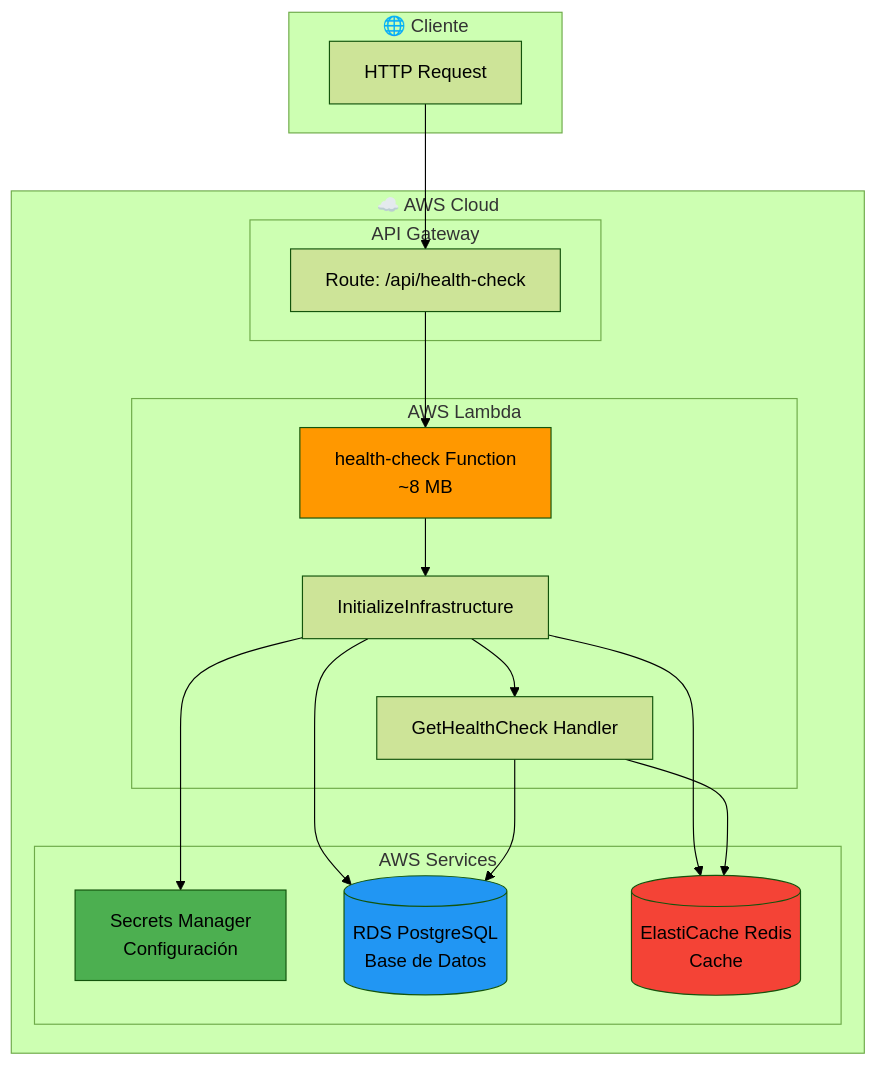
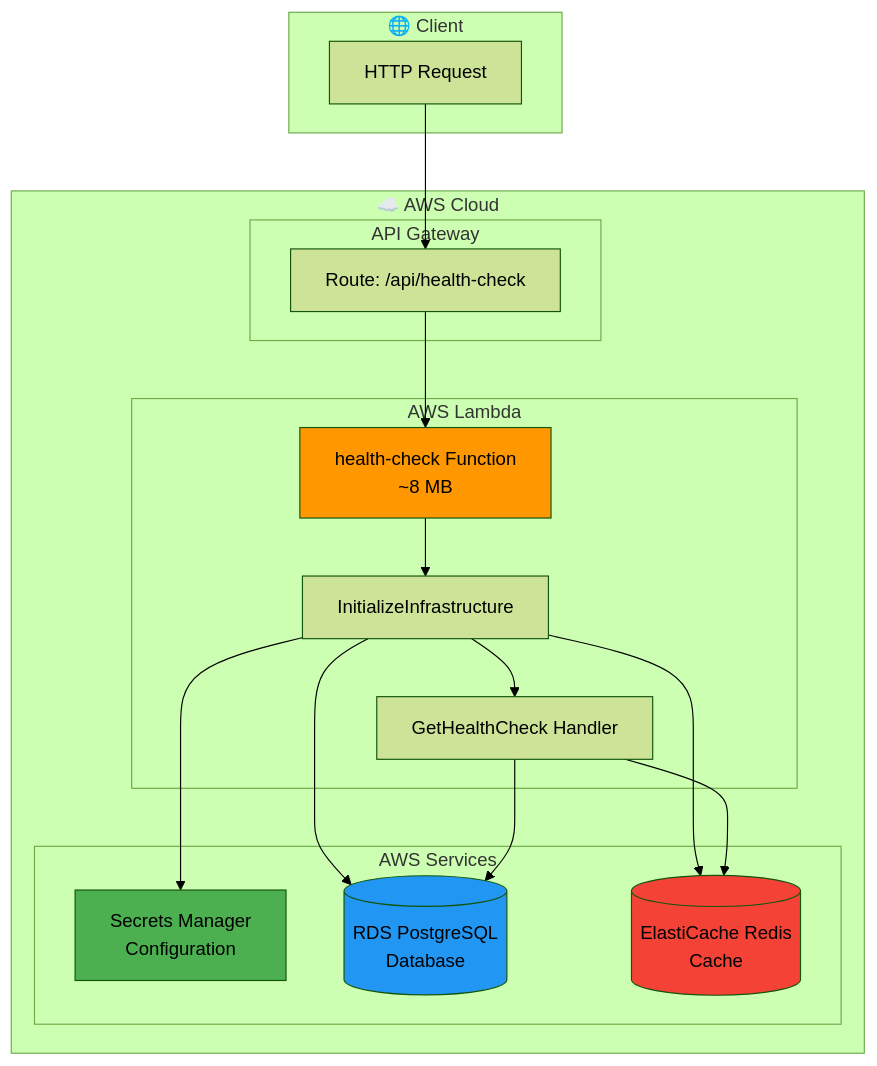
Before and after one commit to Simon3640/GoProjectSkeleton: the tenth of 27 diagrams in README.md, drawn with Mermaid (forest theme). The commit also changed other lines of this file and 1 other file, not shown here.

````diff
--- a/README.md
+++ b/README.md
@@ -1364,39 +1364,39 @@
 ```mermaid
 graph TB
-    subgraph Client["🌐 Cliente"]
+    subgraph Client["🌐 Client"]
         HTTP[HTTP Request]
     end
 
     subgraph AWSCloud["☁️ AWS Cloud"]
         subgraph APIGW["API Gateway"]
             Route[Route: /api/health-check]
         end
 
         subgraph Lambda["AWS Lambda"]
             Function[health-check Function<br/>~8 MB]
             Init[InitializeInfrastructure]
             Handler[GetHealthCheck Handler]
         end
 
         subgraph Services["AWS Services"]
-            Secrets[Secrets Manager<br/>Configuración]
-            RDS[(RDS PostgreSQL<br/>Base de Datos)]
+            Secrets[Secrets Manager<br/>Configuration]
+            RDS[(RDS PostgreSQL<br/>Database)]
             ElastiCache[(ElastiCache Redis<br/>Cache)]
         end
     end
 
     HTTP-->Route
     Route-->Function
     Function-->Init
     Init-->Secrets
     Init-->RDS
     Init-->ElastiCache
     Init-->Handler
     Handler-->RDS
     Handler-->ElastiCache
 
     style Function fill:#ff9800
     style Secrets fill:#4caf50
     style RDS fill:#2196f3
     style ElastiCache fill:#f44336
 ```
````
